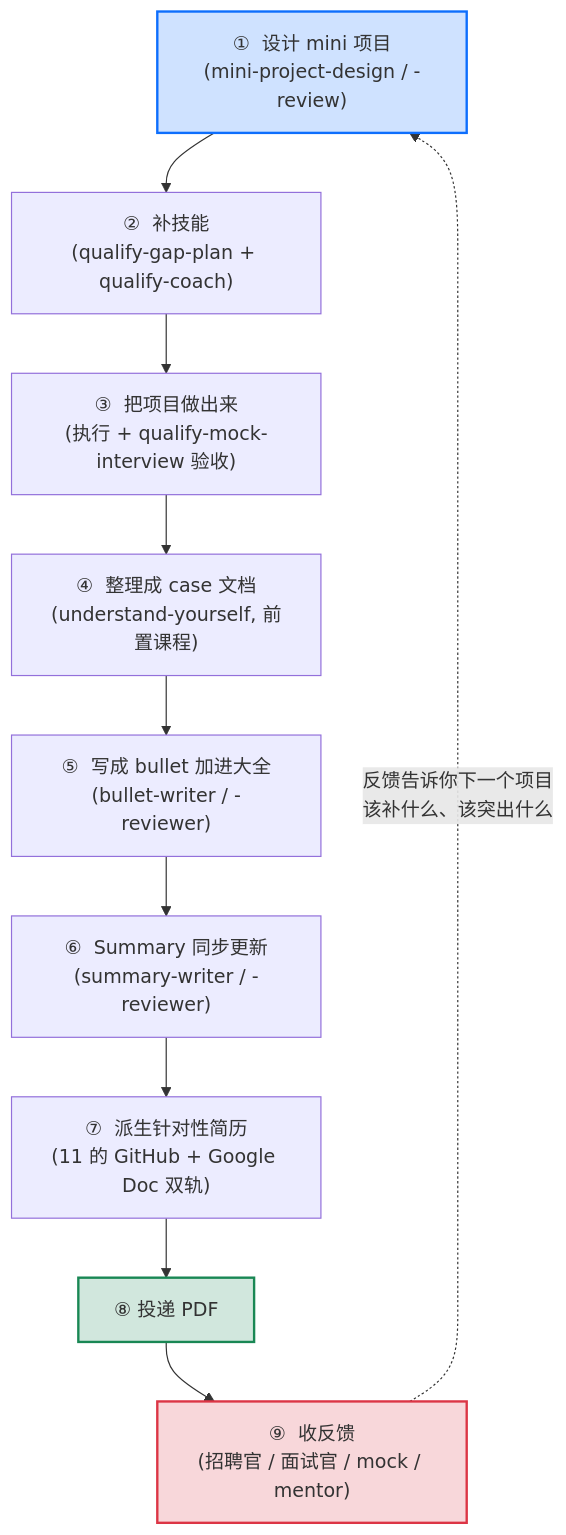
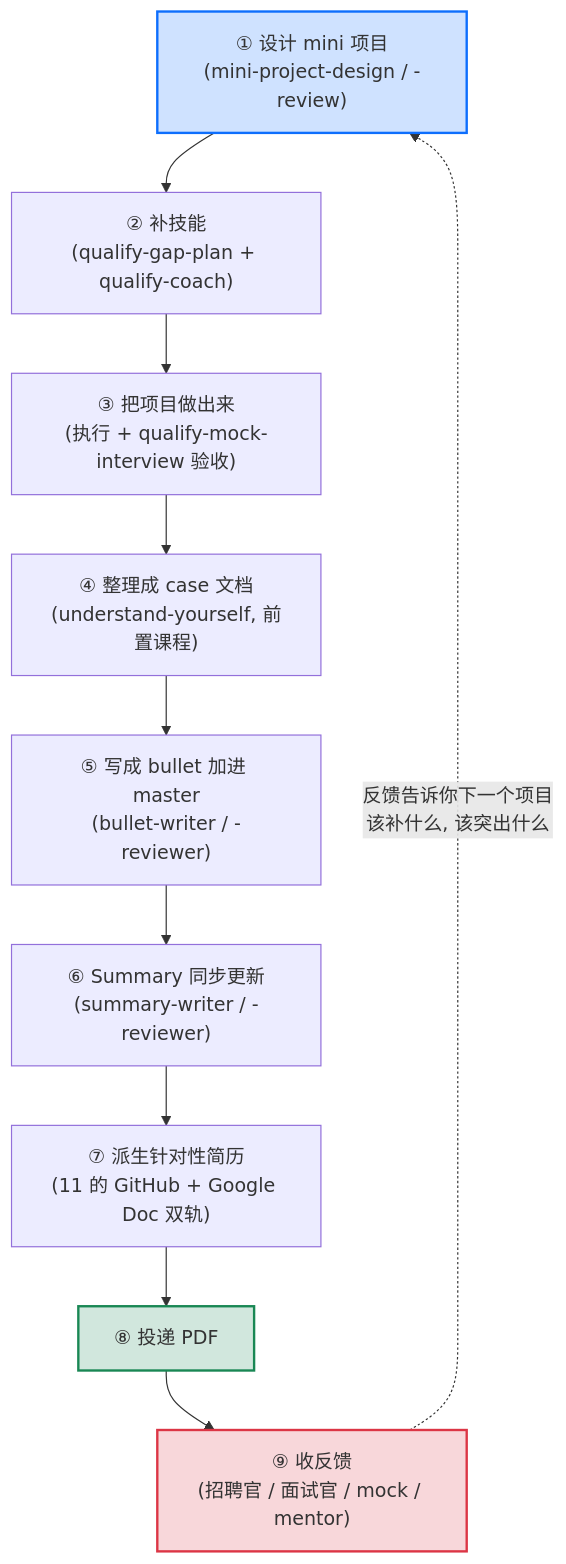
Before and after one commit to YingqiangYuan/Resume_Matrix: the first of 2 diagrams in examples/13-final-synthesis/README-cn.md, drawn with Mermaid. The commit also changed other lines of this file and 4 other files, not shown here.

````diff
--- a/examples/13-final-synthesis/README-cn.md
+++ b/examples/13-final-synthesis/README-cn.md
@@ -62,26 +62,26 @@
 ```mermaid
 flowchart TD
-    DESIGN["①  设计 mini 项目<br/>(mini-project-design / -review)"]
-    SKILL["②  补技能<br/>(qualify-gap-plan + qualify-coach)"]
-    DO["③  把项目做出来<br/>(执行 + qualify-mock-interview 验收)"]
-    CASE["④  整理成 case 文档<br/>(understand-yourself, 前置课程)"]
-    BULLET["⑤  写成 bullet 加进大全<br/>(bullet-writer / -reviewer)"]
-    SUMMARY["⑥  Summary 同步更新<br/>(summary-writer / -reviewer)"]
-    DERIVE["⑦  派生针对性简历<br/>(11 的 GitHub + Google Doc 双轨)"]
-    SUBMIT["⑧  投递 PDF"]
-    FEEDBACK["⑨  收反馈<br/>(招聘官 / 面试官 / mock / mentor)"]
+    DESIGN["① 设计 mini 项目<br/>(mini-project-design / -review)"]
+    SKILL["② 补技能<br/>(qualify-gap-plan + qualify-coach)"]
+    DO["③ 把项目做出来<br/>(执行 + qualify-mock-interview 验收)"]
+    CASE["④ 整理成 case 文档<br/>(understand-yourself, 前置课程)"]
+    BULLET["⑤ 写成 bullet 加进 master<br/>(bullet-writer / -reviewer)"]
+    SUMMARY["⑥ Summary 同步更新<br/>(summary-writer / -reviewer)"]
+    DERIVE["⑦ 派生针对性简历<br/>(11 的 GitHub + Google Doc 双轨)"]
+    SUBMIT["⑧ 投递 PDF"]
+    FEEDBACK["⑨ 收反馈<br/>(招聘官 / 面试官 / mock / mentor)"]
 
     DESIGN --> SKILL
     SKILL --> DO
     DO --> CASE
     CASE --> BULLET
     BULLET --> SUMMARY
     SUMMARY --> DERIVE
     DERIVE --> SUBMIT
     SUBMIT --> FEEDBACK
-    FEEDBACK -.->|"反馈告诉你下一个项目<br/>该补什么、该突出什么"| DESIGN
+    FEEDBACK -.->|"反馈告诉你下一个项目<br/>该补什么, 该突出什么"| DESIGN
 
     style DESIGN fill:#cfe2ff,stroke:#0d6efd,stroke-width:2px
     style FEEDBACK fill:#f8d7da,stroke:#dc3545,stroke-width:2px
     style SUBMIT fill:#d1e7dd,stroke:#198754,stroke-width:2px
 ```
````
